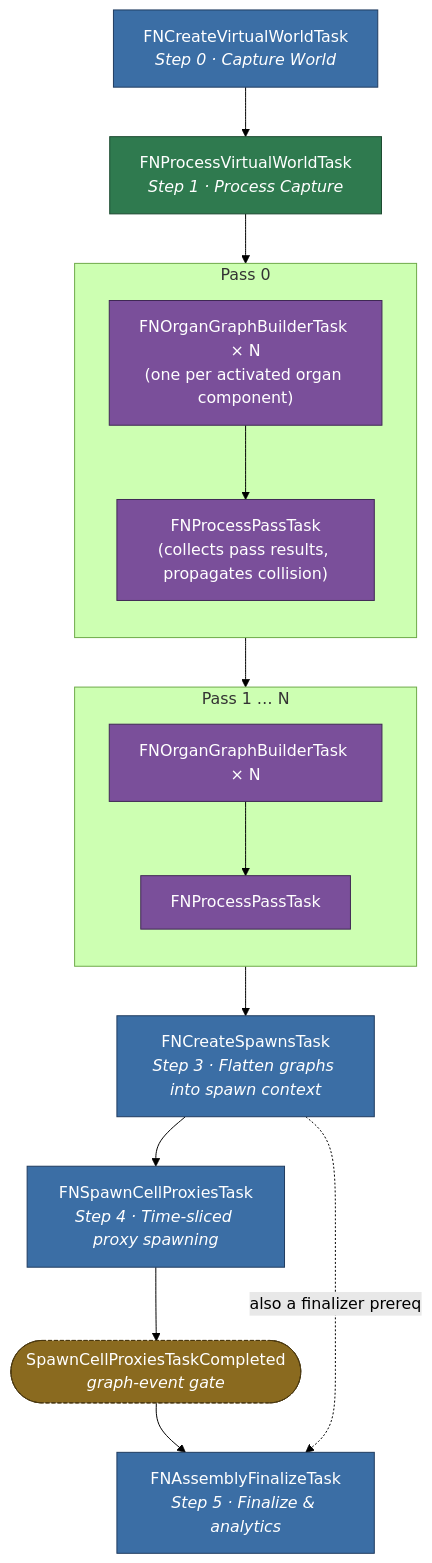
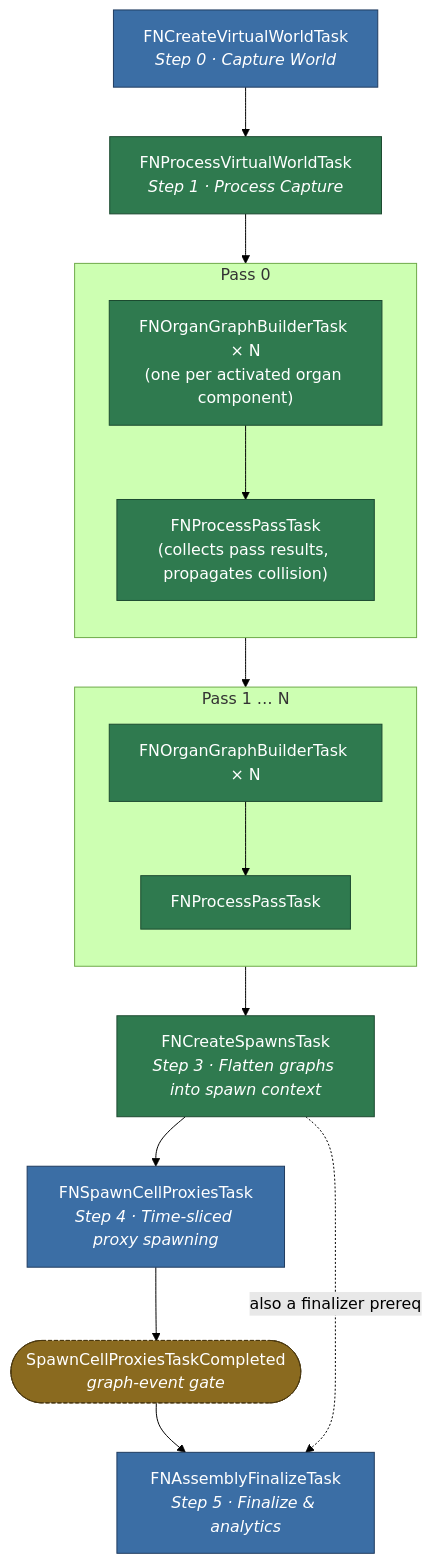
One commit to dotBunny/NEXUS.Docs changed the diagram in docs/plugins/world-assembly/process-flows.md. Above: the diagram before and after it, drawn with Mermaid (forest theme). The commit also changed other lines of this file and 1 other file, not shown here.

Commit message:
Updated process flow

````diff
--- a/docs/plugins/world-assembly/process-flows.md
+++ b/docs/plugins/world-assembly/process-flows.md
@@ -17,38 +17,37 @@
 ```mermaid
 flowchart TD
   classDef gameThread fill:#3b6ea5,stroke:#1f3b5f,color:#fff
   classDef anyThread  fill:#2f7a4f,stroke:#1c4a30,color:#fff
-  classDef bgThread   fill:#7a4f9a,stroke:#3f2854,color:#fff
   classDef gate       fill:#8a6a1f,stroke:#4a3810,color:#fff,stroke-dasharray: 4 2
 
   CreateVW["FNCreateVirtualWorldTask<br/><i>Step 0 · Capture World</i>"]:::gameThread
   ProcessVW["FNProcessVirtualWorldTask<br/><i>Step 1 · Process Capture</i>"]:::anyThread
 
   subgraph Pass0["Pass 0"]
     direction TB
-    Organ0["FNOrganGraphBuilderTask × N<br/>(one per activated organ component)"]:::bgThread
-    ProcPass0["FNProcessPassTask<br/>(collects pass results, propagates collision)"]:::bgThread
+    Organ0["FNOrganGraphBuilderTask × N<br/>(one per activated organ component)"]:::anyThread
+    ProcPass0["FNProcessPassTask<br/>(collects pass results, propagates collision)"]:::anyThread
     Organ0 --> ProcPass0
   end
 
   subgraph PassN["Pass 1 … N"]
     direction TB
-    OrganN["FNOrganGraphBuilderTask × N"]:::bgThread
-    ProcPassN["FNProcessPassTask"]:::bgThread
+    OrganN["FNOrganGraphBuilderTask × N"]:::anyThread
+    ProcPassN["FNProcessPassTask"]:::anyThread
     OrganN --> ProcPassN
   end
 
-  CreateSpawns["FNCreateSpawnsTask<br/><i>Step 3 · Flatten graphs into spawn context</i>"]:::gameThread
+  CreateSpawns["FNCreateSpawnsTask<br/><i>Step 3 · Flatten graphs into spawn context</i>"]:::anyThread
   SpawnProxies["FNSpawnCellProxiesTask<br/><i>Step 4 · Time-sliced proxy spawning</i>"]:::gameThread
   SpawnGate(["SpawnCellProxiesTaskCompleted<br/><i>graph-event gate</i>"]):::gate
   Finalize["FNAssemblyFinalizeTask<br/><i>Step 5 · Finalize &amp; analytics</i>"]:::gameThread
 
   CreateVW --> ProcessVW
   ProcessVW --> Organ0
   ProcPass0 --> OrganN
   ProcPassN --> CreateSpawns
   CreateSpawns --> SpawnProxies
   SpawnProxies --> SpawnGate
   SpawnGate --> Finalize
   CreateSpawns -.->|also a finalizer prereq| Finalize
 ```
````
